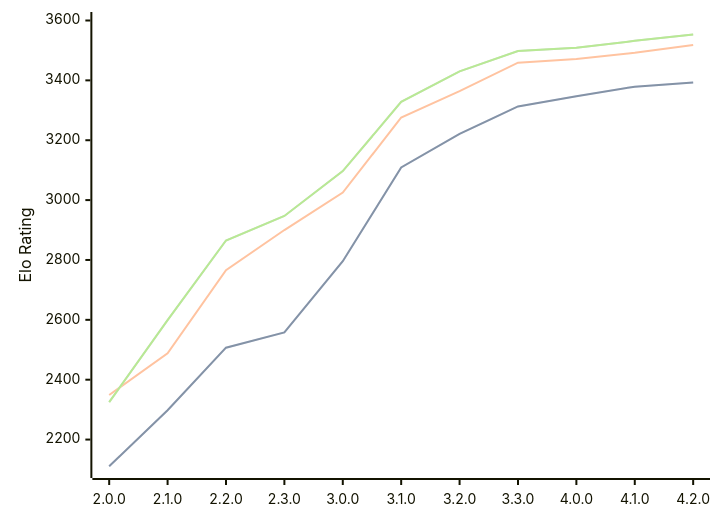
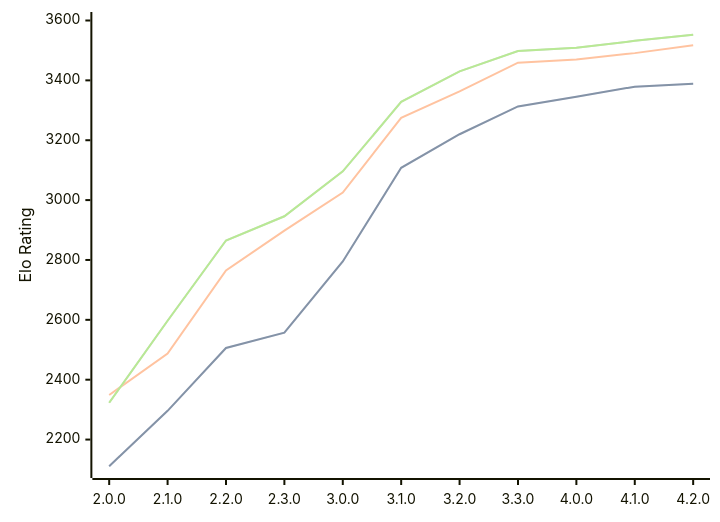
The first of 3 diagrams in engines/Raphael.md (computer-chess-index/cci), drawn with Mermaid before and after one commit. The commit also changed other lines of this file, not shown here.

Commit message:
Update CCI Ratings (ELO VLTC) - 2026-07-15

````diff
--- a/engines/Raphael.md
+++ b/engines/Raphael.md
@@ -53,11 +53,11 @@
 ```mermaid
 %%{init: {"theme":"base","themeVariables":{"seriesColors:['#a3a3a3','#222221','#faa371']}}}%%
 xychart-beta
   x-axis ["2.0.0", "2.1.0", "2.2.0", "2.3.0", "3.0.0", "3.1.0", "3.2.0", "3.3.0", "4.0.0", "4.1.0", "4.2.0"]
   y-axis "Elo Rating" 2100 --> 3600
-  line "STC (8.0+0.08s)" [2111, 2298, 2507, 2558, 2796, 3109, 3221, 3313, 3347, 3379, 3393]
-  line "STC (8.0+0.08s)" [2111, 2298, 2507, 2558, 2796, 3109, 3221, 3313, 3347, 3379, 3393]
-  line "LTC (60.0+0.60s)" [2349, 2488, 2766, 2900, 3025, 3276, 3364, 3459, 3471, 3492, 3518]
-  line "VLTC (2m24s+1.12s)" [2325, 2599, 2865, 2947, 3097, 3328, 3430, 3498, 3509, 3532, 3553]
-  line "VLTC (2m24s+1.12s)" [2325, 2599, 2865, 2947, 3097, 3328, 3430, 3498, 3509, 3532, 3553]
+  line "STC (8.0+0.08s)" [2111, 2296, 2506, 2557, 2795, 3108, 3220, 3313, 3345, 3379, 3389]
+  line "STC (8.0+0.08s)" [2111, 2296, 2506, 2557, 2795, 3108, 3220, 3313, 3345, 3379, 3389]
+  line "LTC (60.0+0.60s)" [2349, 2487, 2765, 2898, 3025, 3275, 3363, 3459, 3470, 3491, 3517]
+  line "VLTC (2m24s+1.12s)" [2323, 2597, 2865, 2946, 3096, 3328, 3430, 3498, 3509, 3532, 3552]
+  line "VLTC (2m24s+1.12s)" [2323, 2597, 2865, 2946, 3096, 3328, 3430, 3498, 3509, 3532, 3552]
 ```
````
